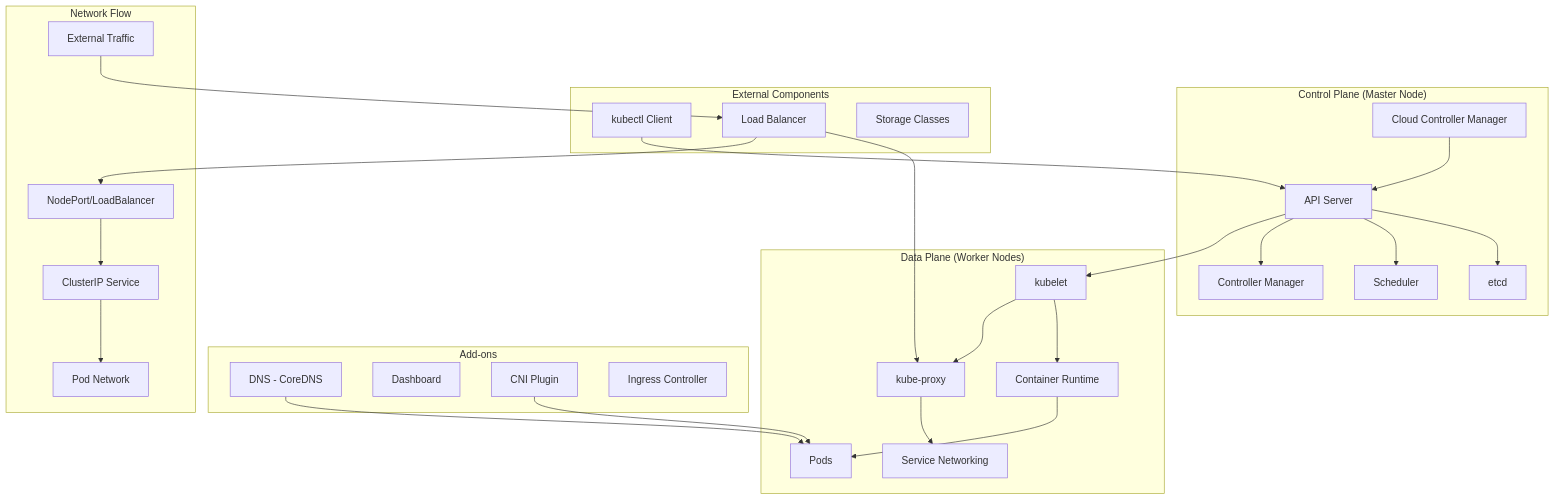
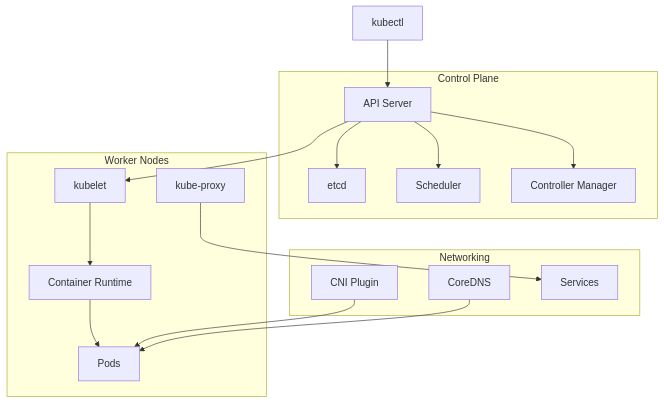
The first of 4 diagrams in Kubernethes/Kubernethes Setup/README.md (AnilPatel13/Docker-Kubernethes), drawn with Mermaid before and after one commit.

Commit message:
updating kubernethes setup readme.

````diff
--- a/Kubernethes/Kubernethes Setup/README.md
+++ b/Kubernethes/Kubernethes Setup/README.md
@@ -20,42 +20,33 @@
 ```mermaid
 graph TB
-    subgraph "Control Plane (Master Node)"
-        A[API Server] --> B[etcd]
-        A --> C[Scheduler]
-        A --> D[Controller Manager]
-        E[Cloud Controller Manager] --> A
+    subgraph CP["Control Plane"]
+        API[API Server]
+        ETCD[etcd]
+        SCHED[Scheduler]
+        CM[Controller Manager]
     end
     
-    subgraph "Data Plane (Worker Nodes)"
-        F[kubelet] --> G[Container Runtime]
-        F --> H[kube-proxy]
-        G --> I[Pods]
-        H --> J[Service Networking]
+    subgraph WN["Worker Nodes"]
+        KUBELET[kubelet]
+        PROXY[kube-proxy]
+        RUNTIME[Container Runtime]
+        PODS[Pods]
     end
     
-    subgraph "Add-ons"
-        K[DNS - CoreDNS]
-        L[Dashboard]
-        M[CNI Plugin]
-        N[Ingress Controller]
+    subgraph NET["Networking"]
+        CNI[CNI Plugin]
+        DNS[CoreDNS]
+        SVC[Services]
     end
     
-    subgraph "External Components"
-        O[kubectl Client]
-        P[Load Balancer]
-        Q[Storage Classes]
-    end
-    
-    A --> F
-    O --> A
-    P --> H
-    M --> I
-    K --> I
-    
-    subgraph "Network Flow"
-        R[External Traffic] --> P
-        P --> S[NodePort/LoadBalancer]
-        S --> T[ClusterIP Service]
-        T --> U[Pod Network]
-    end
+    CLIENT[kubectl] --> API
+    API --> ETCD
+    API --> SCHED
+    API --> CM
+    API --> KUBELET
+    KUBELET --> RUNTIME
+    RUNTIME --> PODS
+    CNI --> PODS
+    DNS --> PODS
+    PROXY --> SVC
 ```
````
